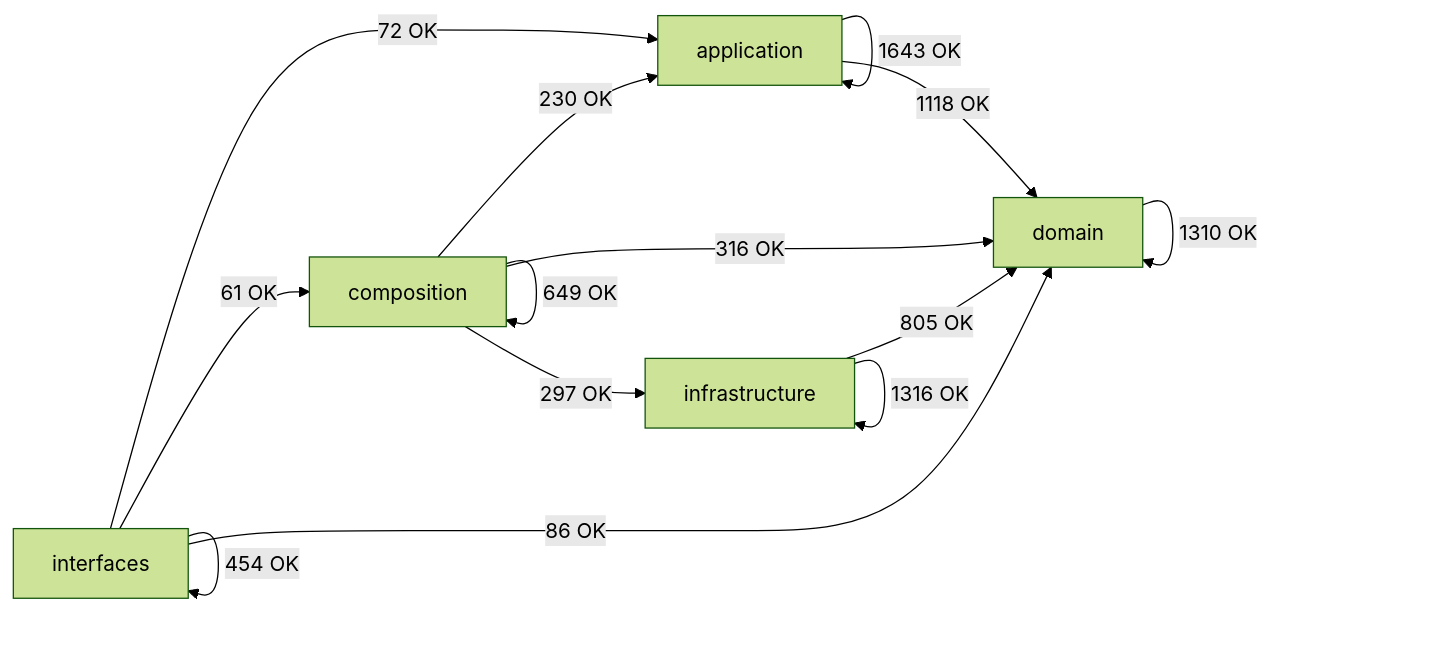
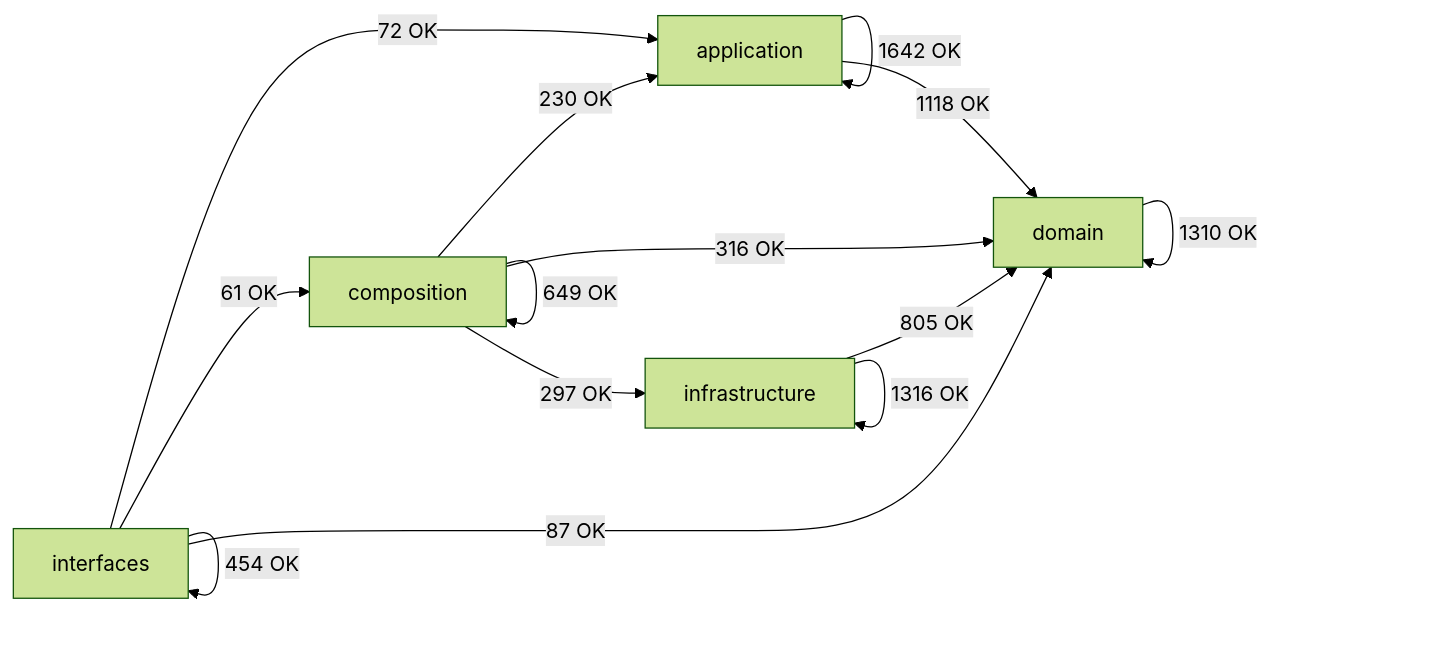
Before and after one commit to SatoryKono/BioactivityDataAcquisition: the diagram in docs/02-architecture/generated/module-dependency-map.md, drawn with Mermaid (forest theme). The commit also changed other lines of this file and 89 other files, not shown here.

````diff
--- a/docs/02-architecture/generated/module-dependency-map.md
+++ b/docs/02-architecture/generated/module-dependency-map.md
@@ -17,21 +17,21 @@
 ```mermaid
 flowchart LR
     domain[domain]
     application[application]
     infrastructure[infrastructure]
     composition[composition]
     interfaces[interfaces]
-    application -->|1643 OK| application
+    application -->|1642 OK| application
     application -->|1118 OK| domain
     composition -->|230 OK| application
     composition -->|649 OK| composition
     composition -->|316 OK| domain
     composition -->|297 OK| infrastructure
     domain -->|1310 OK| domain
     infrastructure -->|805 OK| domain
     infrastructure -->|1316 OK| infrastructure
     interfaces -->|72 OK| application
     interfaces -->|61 OK| composition
-    interfaces -->|86 OK| domain
+    interfaces -->|87 OK| domain
     interfaces -->|454 OK| interfaces
 ```
````
